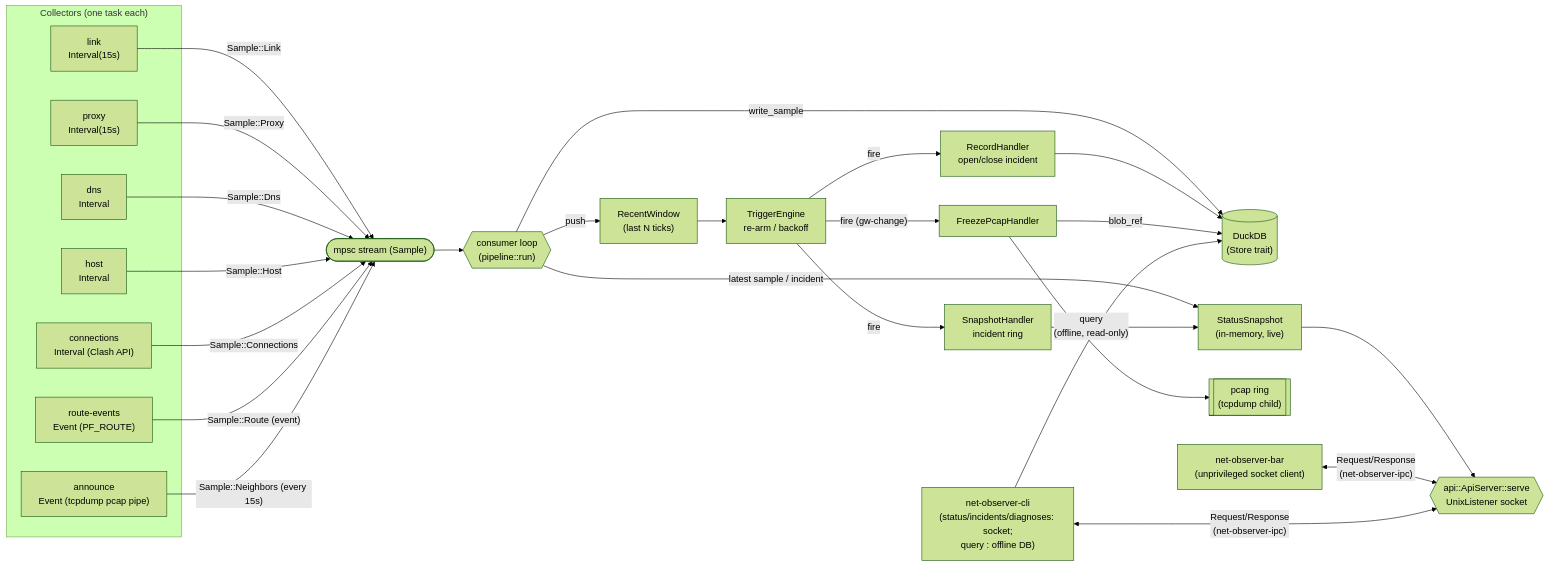
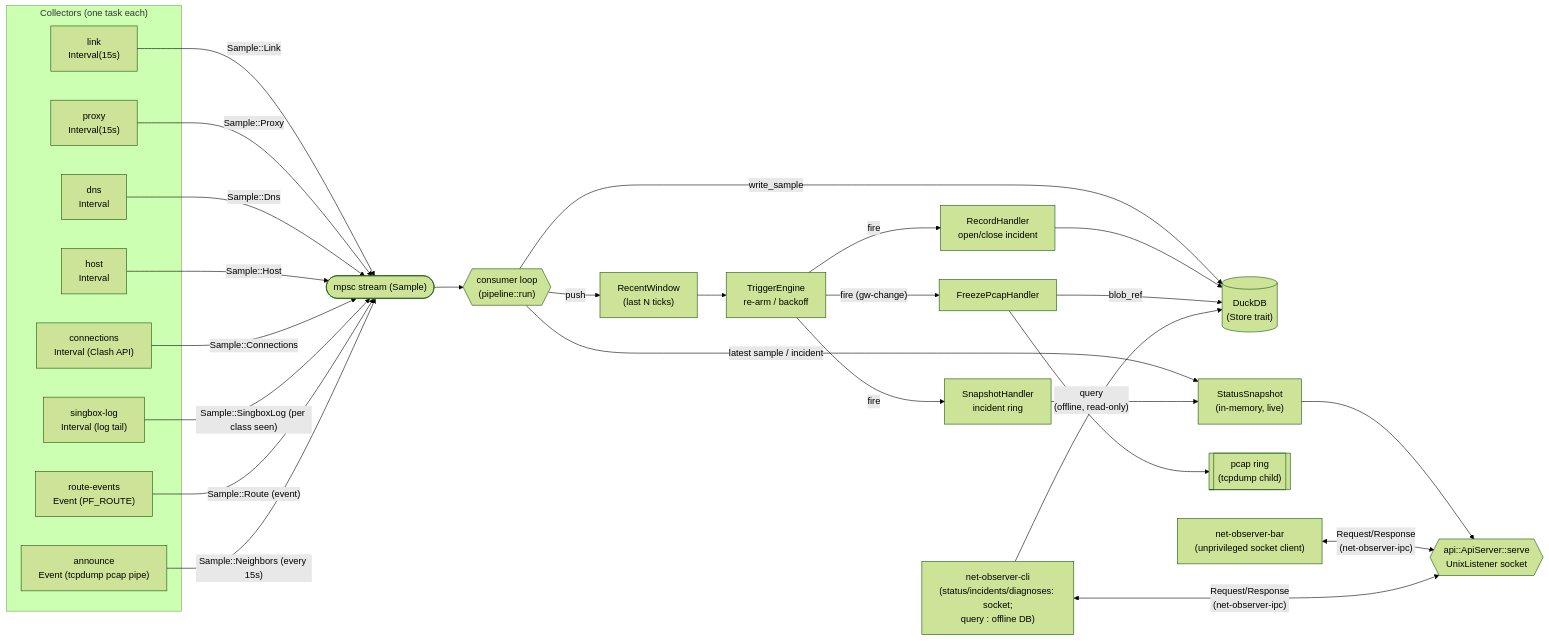
The first of 4 diagrams in ARCHITECTURE.md (gurinderu/net-observer), drawn with Mermaid (forest theme) before and after one commit. The commit also changed other lines of this file and 1 other file, not shown here.

First line of the commit message:
docs: the sing-box log reader

````diff
--- a/ARCHITECTURE.md
+++ b/ARCHITECTURE.md
@@ -37,40 +37,42 @@
 ```mermaid
 flowchart LR
     subgraph collectors["Collectors (one task each)"]
         link["link\nInterval(15s)"]
         proxy["proxy\nInterval(15s)"]
         dns["dns\nInterval"]
         host["host\nInterval"]
         conns["connections\nInterval (Clash API)"]
+        sblog["singbox-log\nInterval (log tail)"]
         evt["route-events\nEvent (PF_ROUTE)"]
         announce["announce\nEvent (tcpdump pcap pipe)"]
     end
 
     link -- "Sample::Link" --> stream
     proxy -- "Sample::Proxy" --> stream
     dns -- "Sample::Dns" --> stream
     host -- "Sample::Host" --> stream
     conns -- "Sample::Connections" --> stream
+    sblog -- "Sample::SingboxLog (per class seen)" --> stream
     evt -- "Sample::Route (event)" --> stream
     announce -- "Sample::Neighbors (every 15s)" --> stream
 
     stream(["mpsc stream (Sample)"]) --> consumer{{"consumer loop\n(pipeline::run)"}}
 
     consumer -->|write_sample| store[("DuckDB\n(Store trait)")]
     consumer -->|"latest sample / incident"| snap["StatusSnapshot\n(in-memory, live)"]
     consumer -->|push| window["RecentWindow\n(last N ticks)"]
     window --> engine["TriggerEngine\nre-arm / backoff"]
 
     engine -->|fire| record["RecordHandler\nopen/close incident"]
     engine -->|fire| snaph["SnapshotHandler\nincident ring"]
     engine -->|"fire (gw-change)"| freeze["FreezePcapHandler"]
     record --> store
     snaph --> snap
     freeze --> ring[["pcap ring\n(tcpdump child)"]]
     freeze -->|blob_ref| store
 
     snap --> apisrv{{"api::ApiServer::serve\nUnixListener socket"}}
     bar["net-observer-bar\n(unprivileged socket client)"] <-->|"Request/Response\n(net-observer-ipc)"| apisrv
     cli["net-observer-cli\n(status/incidents/diagnoses: socket;\nquery <SQL>: offline DB)"] <-->|"Request/Response\n(net-observer-ipc)"| apisrv
     cli -->|"query <SQL>\n(offline, read-only)"| store
 ```
````
